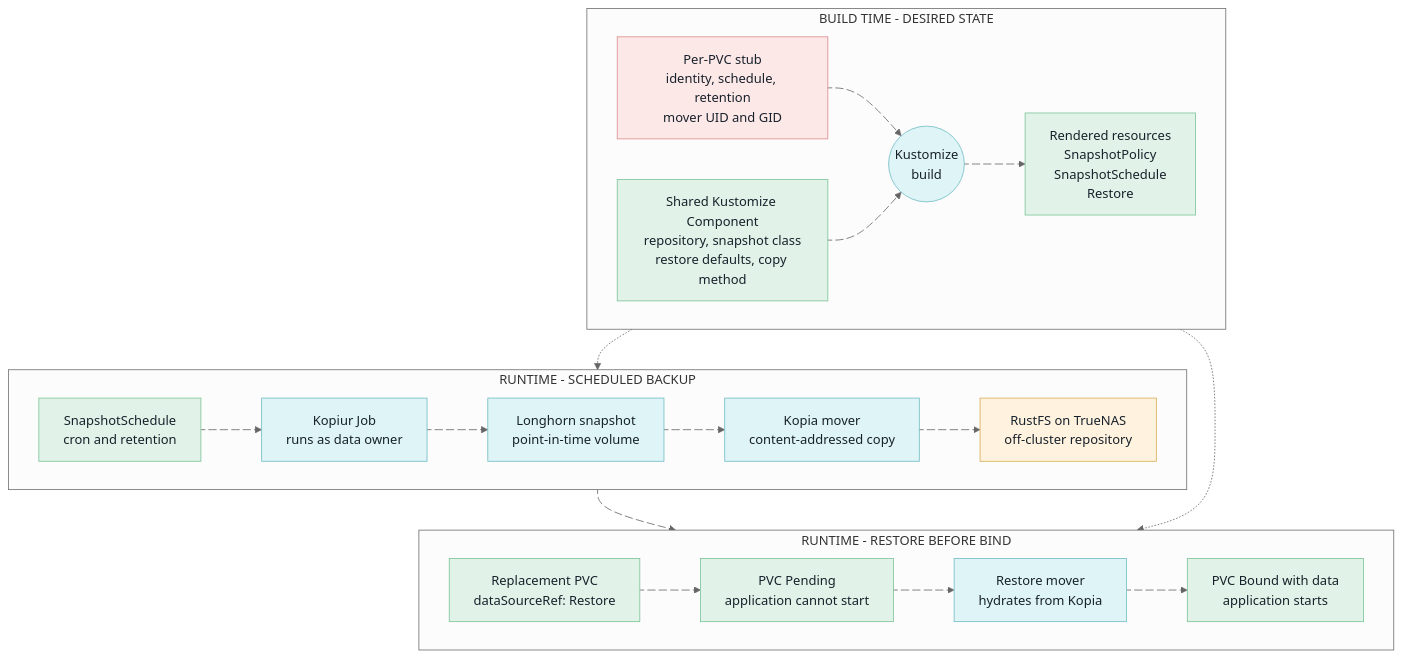
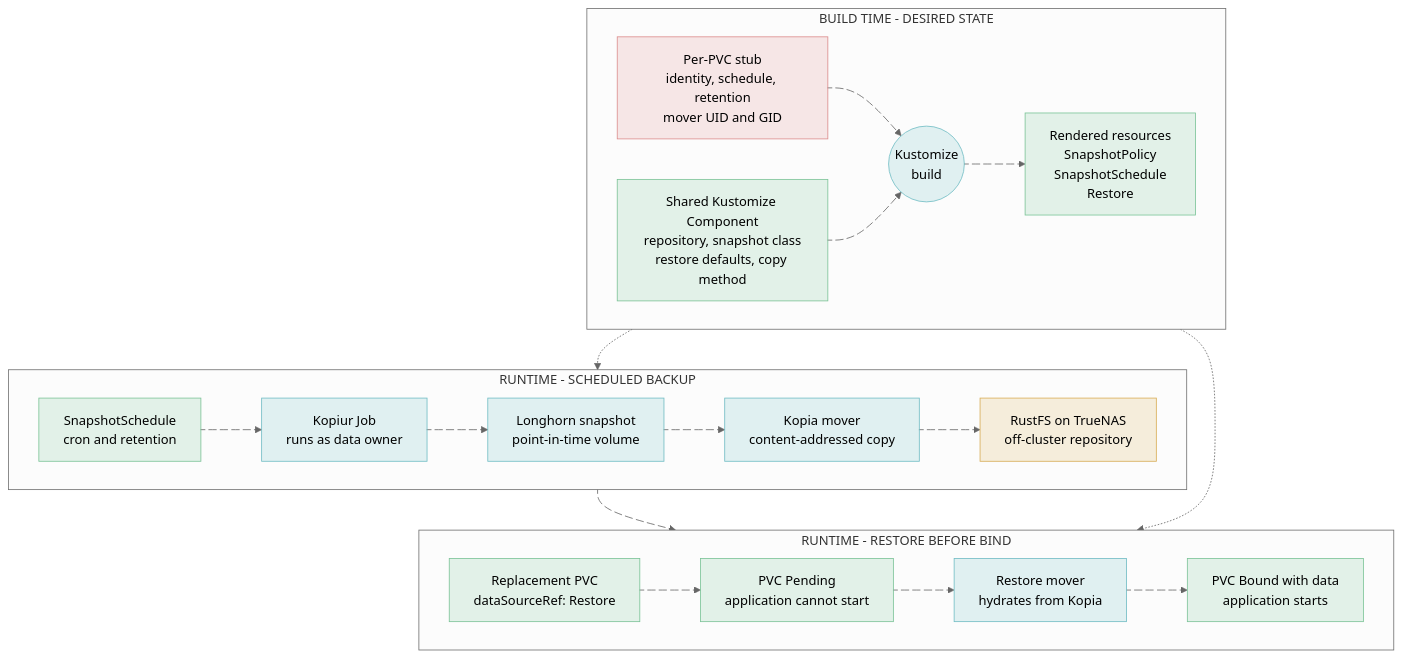
Before and after one commit to mitchross/talos-argocd-proxmox: the diagram in docs/domains/storage/kopiur-backup-architecture.md, drawn with Mermaid (neutral theme). The commit also changed 8 other files, not shown here.

Commit message:
docs: make Mermaid boxes readable in dark mode (#4079)

````diff
--- a/docs/domains/storage/kopiur-backup-architecture.md
+++ b/docs/domains/storage/kopiur-backup-architecture.md
@@ -17,82 +17,82 @@
 ```mermaid
 flowchart TB
   accTitle: Kopiur Kustomize, backup, and restore flow
   accDescr: A small per-PVC manifest and shared Kustomize Component render complete Kopiur resources. At runtime the schedule snapshots Longhorn, Kopia copies data to RustFS, and restore-before-bind hydrates replacement PVCs.
 
   subgraph BUILD["BUILD TIME - DESIRED STATE"]
     direction LR
     STUB["`Per-PVC stub
     identity, schedule, retention
     mover UID and GID`"]
     COMPONENT["`Shared Kustomize Component
     repository, snapshot class
     restore defaults, copy method`"]
     KBUILD(("`Kustomize
     build`"))
     OUTPUT["`Rendered resources
     SnapshotPolicy
     SnapshotSchedule
     Restore`"]
     STUB stub@--> KBUILD
     COMPONENT component@--> KBUILD
     KBUILD rendered@--> OUTPUT
   end
 
   subgraph BACKUP["RUNTIME - SCHEDULED BACKUP"]
     direction LR
     SCHEDULE["`SnapshotSchedule
     cron and retention`"]
     JOB["`Kopiur Job
     runs as data owner`"]
     LONGHORN["`Longhorn snapshot
     point-in-time volume`"]
     KOPIA["`Kopia mover
     content-addressed copy`"]
     RUSTFS["`RustFS on TrueNAS
     off-cluster repository`"]
     SCHEDULE backup1@--> JOB
     JOB backup2@--> LONGHORN
     LONGHORN backup3@--> KOPIA
     KOPIA backup4@--> RUSTFS
   end
 
   subgraph RESTORE["RUNTIME - RESTORE BEFORE BIND"]
     direction LR
     CLAIM["`Replacement PVC
     dataSourceRef: Restore`"]
     PENDING["`PVC Pending
     application cannot start`"]
     RMOVER["`Restore mover
     hydrates from Kopia`"]
     READY["`PVC Bound with data
     application starts`"]
     CLAIM restore1@--> PENDING
     PENDING restore2@--> RMOVER
     RMOVER restore3@--> READY
   end
 
   OUTPUT desired@-.-> SCHEDULE
   OUTPUT contract@-.-> CLAIM
   RUSTFS hydrate@--> RMOVER
 
-  classDef input fill:#fde8e8,stroke:#dc8c8c,color:#17212b
-  classDef desired fill:#e1f3e8,stroke:#7bc397,color:#17212b
-  classDef controller fill:#dff4f6,stroke:#70bcc4,color:#17212b
-  classDef external fill:#fff3df,stroke:#d8ad55,color:#17212b
+  classDef input fill:#dc8c8c33,stroke:#dc8c8c
+  classDef desired fill:#7bc39733,stroke:#7bc397
+  classDef controller fill:#70bcc433,stroke:#70bcc4
+  classDef external fill:#d8ad5533,stroke:#d8ad55
   class STUB input
   class COMPONENT,OUTPUT,SCHEDULE,CLAIM,PENDING,READY desired
   class KBUILD,JOB,LONGHORN,KOPIA,RMOVER controller
   class RUSTFS external
 
   stub@{ animation: fast }
   component@{ animation: fast }
   rendered@{ animation: fast }
   backup1@{ animation: slow }
   backup2@{ animation: slow }
   backup3@{ animation: slow }
   backup4@{ animation: slow }
   restore1@{ animation: fast }
   restore2@{ animation: fast }
   restore3@{ animation: fast }
   hydrate@{ animation: slow }
 ```
````
